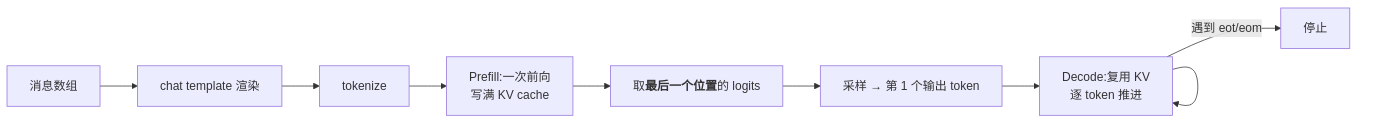
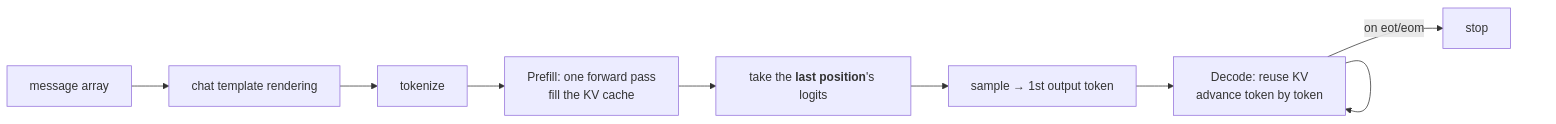
The first of 3 diagrams in content/en/prompting/Chat Templates.md (justinchuby/onnx-genai-wiki), drawn with Mermaid before and after one commit. The commit also changed other lines of this file and 6 other files, not shown here.

````diff
--- a/content/en/prompting/Chat Templates.md
+++ b/content/en/prompting/Chat Templates.md
@@ -175,11 +175,11 @@
 ```mermaid
 flowchart LR
-    A["消息数组"] --> B["chat template 渲染"]
+    A["message array"] --> B["chat template rendering"]
     B --> C["tokenize"]
-    C --> D["Prefill:一次前向<br/>写满 KV cache"]
-    D --> E["取<b>最后一个位置</b>的 logits"]
-    E --> F["采样 → 第 1 个输出 token"]
-    F --> G["Decode:复用 KV<br/>逐 token 推进"]
-    G -->|遇到 eot/eom| H["停止"]
+    C --> D["Prefill: one forward pass<br/>fill the KV cache"]
+    D --> E["take the <b>last position</b>'s logits"]
+    E --> F["sample → 1st output token"]
+    F --> G["Decode: reuse KV<br/>advance token by token"]
+    G -->|on eot/eom| H["stop"]
     G --> G
 ```
````
